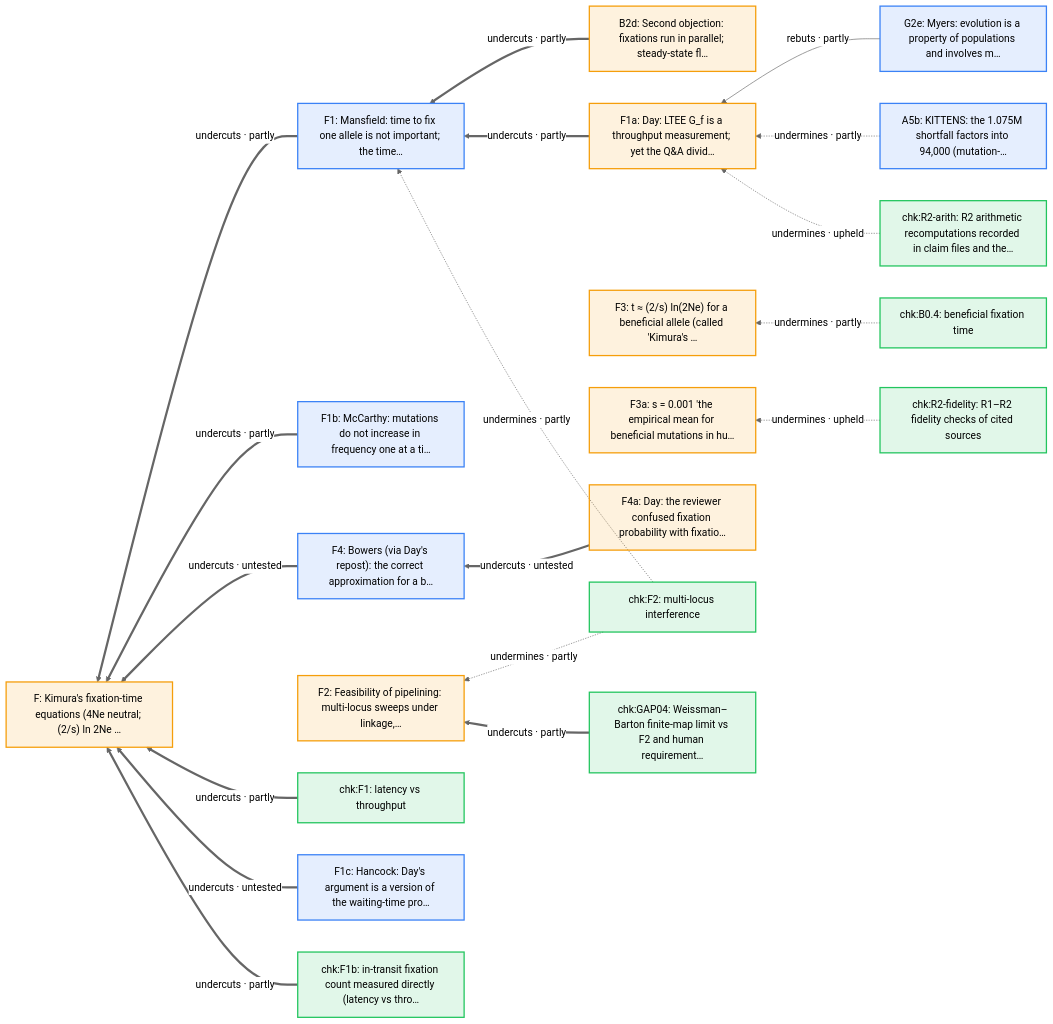
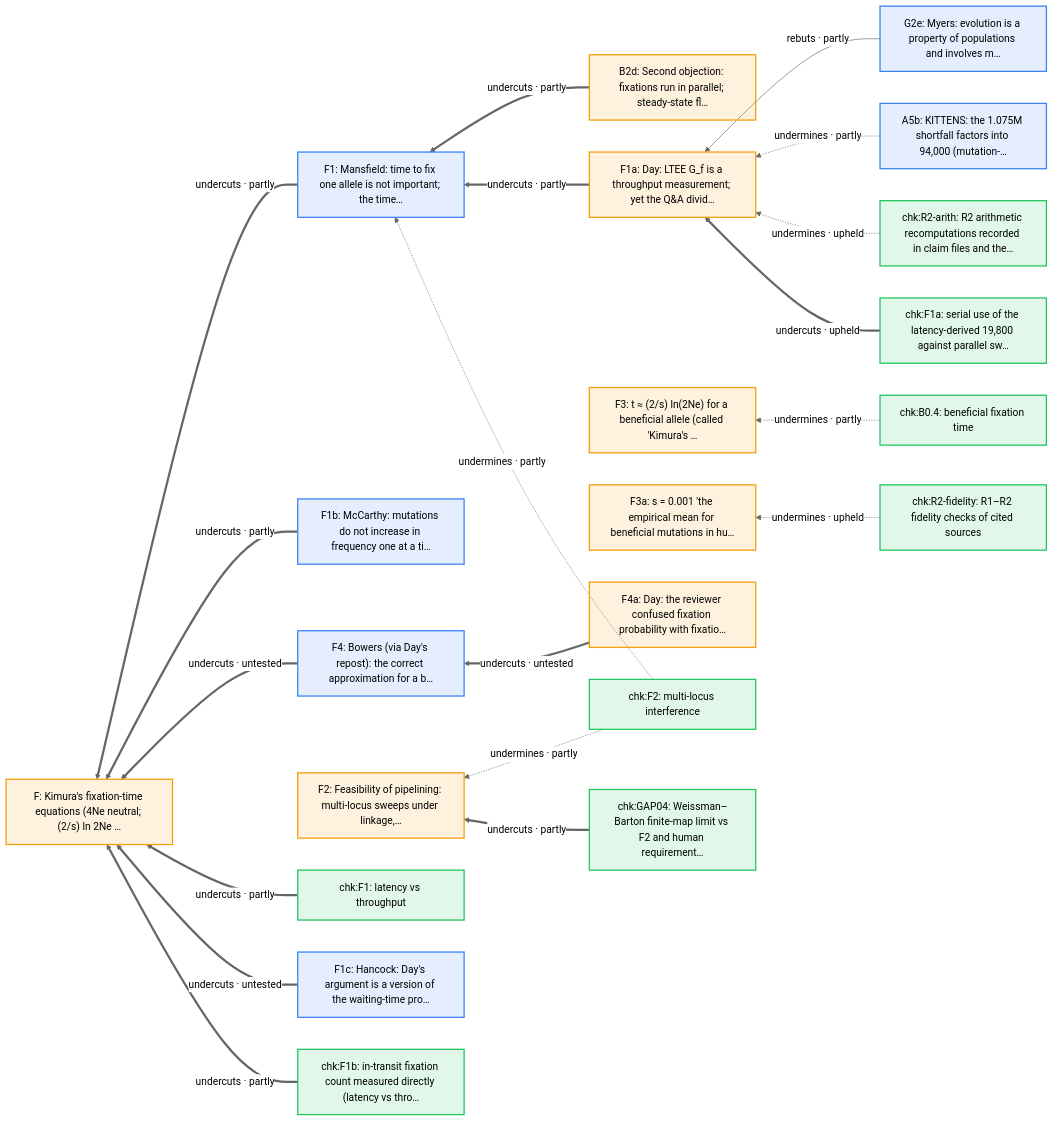
Diagram 12 of 19 in docs/arguments/defeaters.md (nickallevato/evo-sim), drawn with Mermaid (neutral theme) before and after one commit. The commit also changed other lines of this file and 22 other files, not shown here.

````diff
--- a/docs/arguments/defeaters.md
+++ b/docs/arguments/defeaters.md
@@ -601,45 +609,47 @@
 ```mermaid
 flowchart RL
   classDef day fill:#f59e0b22,stroke:#f59e0b,stroke-width:2px
   classDef ally fill:#d9770622,stroke:#d97706,stroke-width:2px
   classDef critic fill:#3b82f622,stroke:#3b82f6,stroke-width:2px
   classDef literature fill:#a3a3a322,stroke:#a3a3a3,stroke-width:2px
   classDef audit fill:#22c55e22,stroke:#22c55e,stroke-width:2px
   A5b["A5b: KITTENS: the 1.075M shortfall factors into 94,000 (mutation-…"]:::critic
   B2d["B2d: Second objection: fixations run in parallel; steady-state fl…"]:::day
   F["F: Kimura's fixation-time equations (4Ne neutral; (2/s) ln 2Ne …"]:::day
   F1["F1: Mansfield: time to fix one allele is not important; the time…"]:::critic
   F1a["F1a: Day: LTEE G_f is a throughput measurement; yet the Q&A divid…"]:::day
   F1b["F1b: McCarthy: mutations do not increase in frequency one at a ti…"]:::critic
   F1c["F1c: Hancock: Day's argument is a version of the waiting-time pro…"]:::critic
   F2["F2: Feasibility of pipelining: multi-locus sweeps under linkage,…"]:::day
   F3["F3: t ≈ (2/s) ln(2Ne) for a beneficial allele (called 'Kimura's …"]:::day
   F3a["F3a: s = 0.001 'the empirical mean for beneficial mutations in hu…"]:::day
   F4["F4: Bowers (via Day's repost): the correct approximation for a b…"]:::critic
   F4a["F4a: Day: the reviewer confused fixation probability with fixatio…"]:::day
   G2e["G2e: Myers: evolution is a property of populations and involves m…"]:::critic
   chk_B0_4["chk:B0.4: beneficial fixation time"]:::audit
   chk_F1["chk:F1: latency vs throughput"]:::audit
+  chk_F1a["chk:F1a: serial use of the latency-derived 19,800 against parallel sw…"]:::audit
   chk_F1b["chk:F1b: in-transit fixation count measured directly (latency vs thro…"]:::audit
   chk_F2["chk:F2: multi-locus interference"]:::audit
   chk_GAP04["chk:GAP04: Weissman–Barton finite-map limit vs F2 and human requirement…"]:::audit
   chk_R2_arith["chk:R2-arith: R2 arithmetic recomputations recorded in claim files and the…"]:::audit
   chk_R2_fidelity["chk:R2-fidelity: R1–R2 fidelity checks of cited sources"]:::audit
   F1 ==>|"undercuts · partly"| F
   F1b ==>|"undercuts · partly"| F
   F4 ==>|"undercuts · untested"| F
   chk_F1 ==>|"undercuts · partly"| F
   F1c ==>|"undercuts · untested"| F
   chk_F1b ==>|"undercuts · partly"| F
   B2d ==>|"undercuts · partly"| F1
   F1a ==>|"undercuts · partly"| F1
   chk_F2 -.->|"undermines · partly"| F1
   chk_F2 -.->|"undermines · partly"| F2
   chk_GAP04 ==>|"undercuts · partly"| F2
   chk_B0_4 -.->|"undermines · partly"| F3
   F4a ==>|"undercuts · untested"| F4
   G2e -->|"rebuts · partly"| F1a
   A5b -.->|"undermines · partly"| F1a
   chk_R2_arith -.->|"undermines · upheld"| F1a
+  chk_F1a ==>|"undercuts · upheld"| F1a
   chk_R2_fidelity -.->|"undermines · upheld"| F3a
 ```
````
